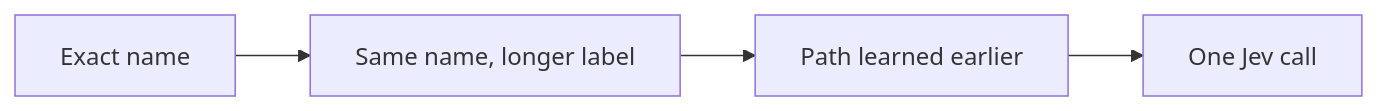
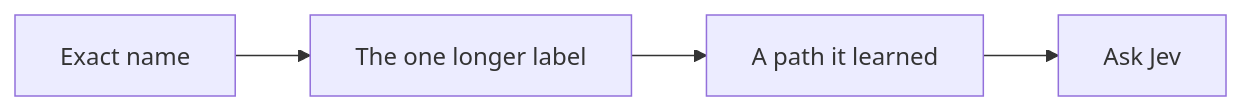
One commit to dorianherle/windows-jev-mcp changed the diagram in README.md. Above: the diagram before and after it, drawn with Mermaid. The commit also changed other lines of this file and 1 other file, not shown here.

````diff
--- a/README.md
+++ b/README.md
@@ -121,6 +69,6 @@
 ```mermaid
 flowchart LR
-  A["Exact name"] --> B["Same name, longer label"]
-  B --> C["Path learned earlier"]
-  C --> D["One Jev call"]
+  A["Exact name"] --> B["The one longer label"]
+  B --> C["A path it learned"]
+  C --> D["Ask Jev"]
 ```
````
